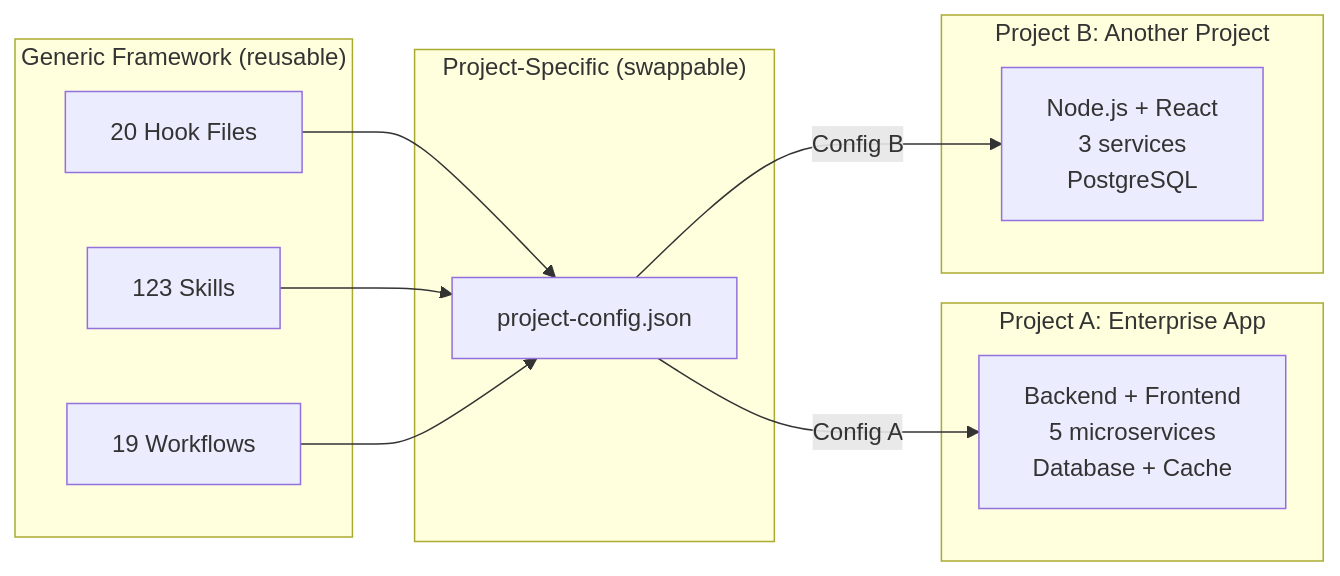
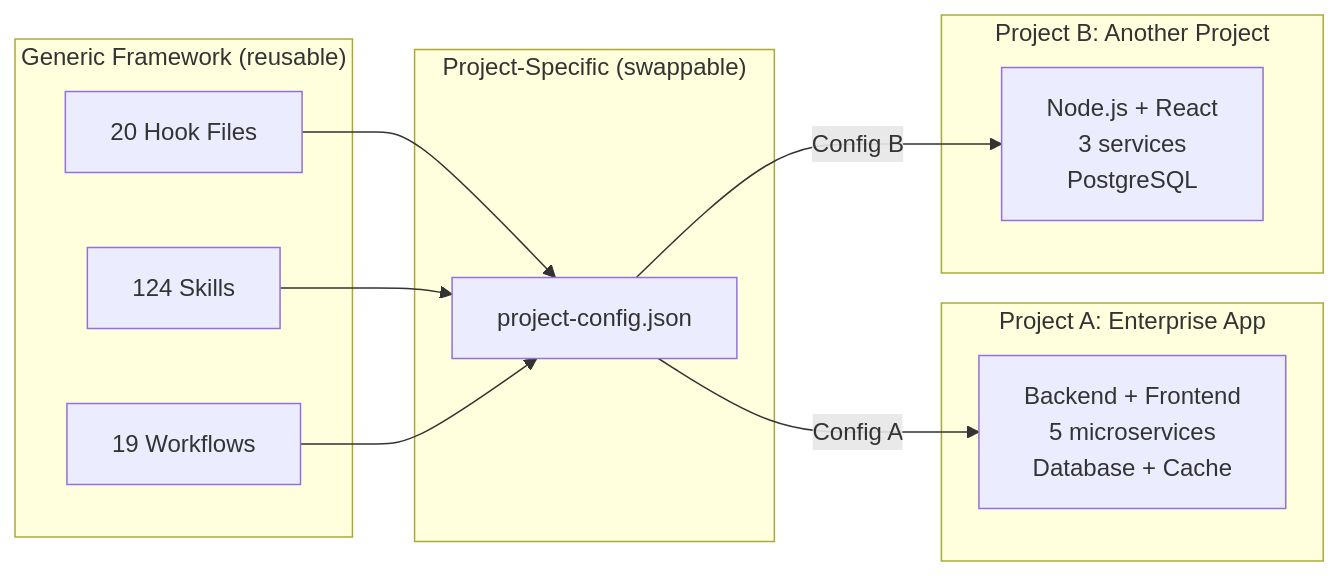
The eighth of 20 diagrams in .claude/docs/claude-ai-agent-framework-guide.md (duc01226/easy-claude), drawn with Mermaid before and after one commit. The commit also changed other lines of this file and 106 other files, not shown here.

````diff
--- a/.claude/docs/claude-ai-agent-framework-guide.md
+++ b/.claude/docs/claude-ai-agent-framework-guide.md
@@ -888,24 +888,24 @@
 ```mermaid
 graph LR
     subgraph "Generic Framework (reusable)"
         H[20 Hook Files]
-        S[123 Skills]
+        S[124 Skills]
         W[19 Workflows]
     end
 
     subgraph "Project-Specific (swappable)"
         PC[project-config.json]
     end
 
     subgraph "Project A: Enterprise App"
         PA[Backend + Frontend<br/>5 microservices<br/>Database + Cache]
     end
 
     subgraph "Project B: Another Project"
         PB[Node.js + React<br/>3 services<br/>PostgreSQL]
     end
 
     H & S & W --> PC
     PC -->|Config A| PA
     PC -->|Config B| PB
 ```
````
